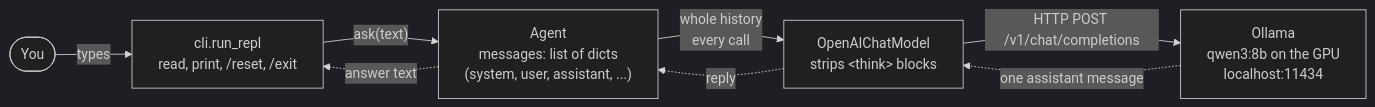
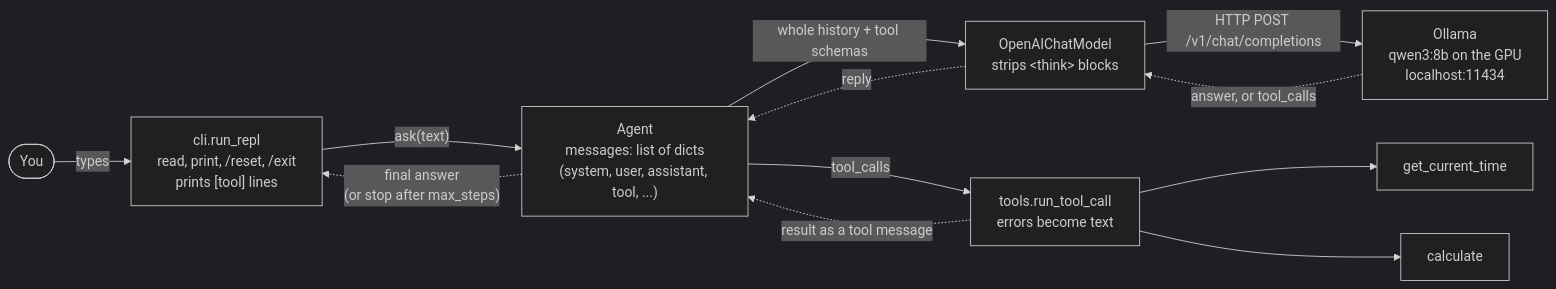
One commit to abilalakin/agent-harness-from-scratch changed the diagram in docs/architecture.md. Above: the diagram before and after it, drawn with Mermaid (dark theme). The commit also changed other lines of this file and 8 other files, not shown here.

````diff
--- a/docs/architecture.md
+++ b/docs/architecture.md
@@ -5,10 +5,14 @@
 ```mermaid
 flowchart LR
-    User([You]) -- types --> CLI["cli.run_repl<br/>read, print, /reset, /exit"]
-    CLI -- "ask(text)" --> Agent["Agent<br/>messages: list of dicts<br/>(system, user, assistant, ...)"]
-    Agent -- "whole history<br/>every call" --> Model["OpenAIChatModel<br/>strips &lt;think&gt; blocks"]
+    User([You]) -- types --> CLI["cli.run_repl<br/>read, print, /reset, /exit<br/>prints [tool] lines"]
+    CLI -- "ask(text)" --> Agent["Agent<br/>messages: list of dicts<br/>(system, user, assistant, tool, ...)"]
+    Agent -- "whole history + tool schemas" --> Model["OpenAIChatModel<br/>strips &lt;think&gt; blocks"]
     Model -- "HTTP POST /v1/chat/completions" --> Ollama["Ollama<br/>qwen3:8b on the GPU<br/>localhost:11434"]
-    Ollama -. "one assistant message" .-> Model
+    Ollama -. "answer, or tool_calls" .-> Model
     Model -. reply .-> Agent
-    Agent -. answer text .-> CLI
+    Agent -- "tool_calls" --> Runner["tools.run_tool_call<br/>errors become text"]
+    Runner --> T1[get_current_time]
+    Runner --> T2[calculate]
+    Runner -. "result as a tool message" .-> Agent
+    Agent -. "final answer<br/>(or stop after max_steps)" .-> CLI
 ```
````
